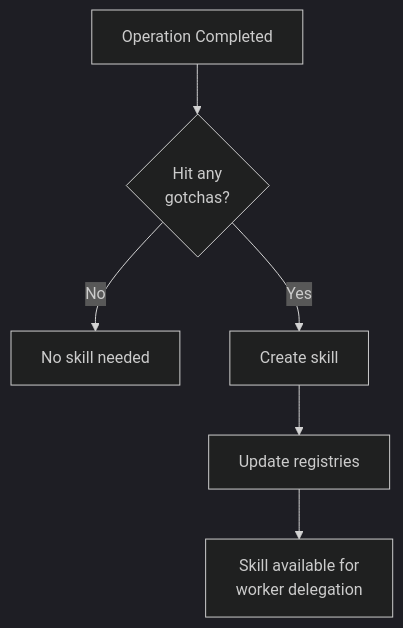
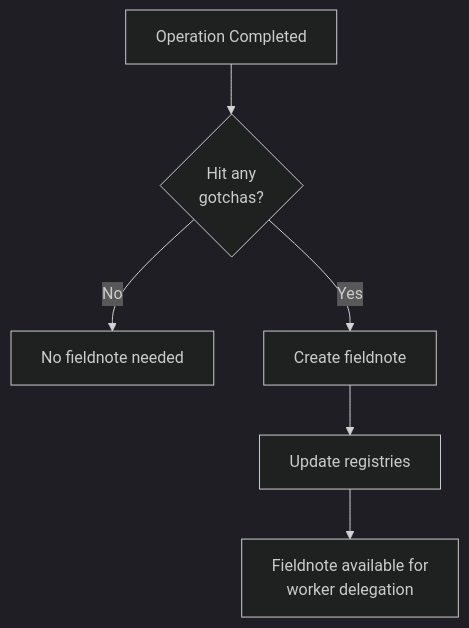
The third of 3 diagrams in docs/concepts/how-it-works.md (lorehq/lore-docs), drawn with Mermaid (dark theme) before and after one commit. The commit also changed other lines of this file and 31 other files, not shown here.

````diff
--- a/docs/concepts/how-it-works.md
+++ b/docs/concepts/how-it-works.md
@@ -116,8 +125,8 @@
 ```mermaid
 flowchart TD
     op[Operation Completed] --> gotcha{"Hit any<br/>gotchas?"}
-    gotcha -->|No| skip[No skill needed]
-    gotcha -->|Yes| createSkill[Create skill]
-    createSkill --> registry[Update registries]
-    registry --> done["Skill available for<br/>worker delegation"]
+    gotcha -->|No| skip[No fieldnote needed]
+    gotcha -->|Yes| createFieldnote[Create fieldnote]
+    createFieldnote --> registry[Update registries]
+    registry --> done["Fieldnote available for<br/>worker delegation"]
 ```
````
